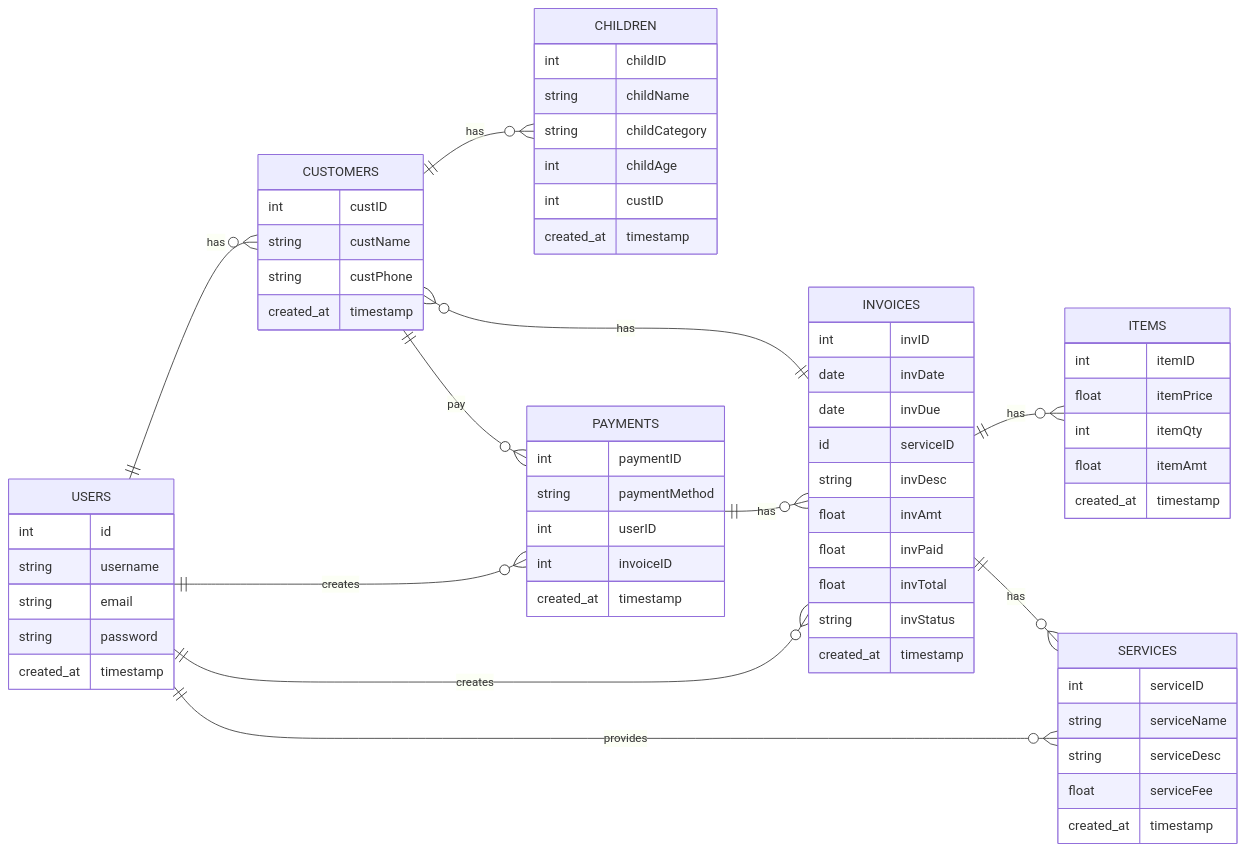
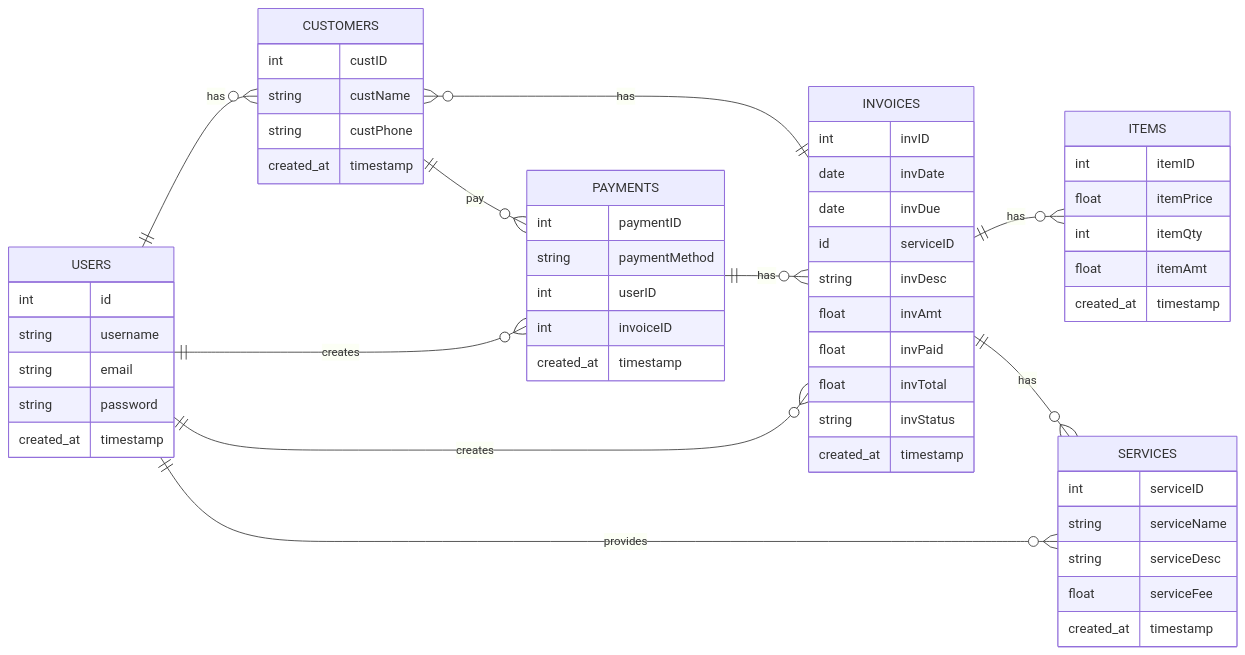
The diagram in README.md (ainfarhanah/Van-Cik-Lin-Invoicing-System-Flask-), drawn with Mermaid before and after one commit.

````diff
--- a/README.md
+++ b/README.md
@@ -21,75 +21,66 @@
 ```mermaid
 erDiagram
 	direction LR
 	USERS{
 		int id  ""  
 		string username  ""  
 		string email  ""  
 		string password  ""  
 		created_at timestamp  ""  
 	}
 
 	CUSTOMERS {
 		int custID  ""  
 		string custName  ""  
 		string custPhone  ""  
 		created_at timestamp  ""  
 	}
 
-    CHILDREN{
-        int childID
-        string childName
-        string childCategory 
-        int childAge
-        int custID
-        created_at timestamp
-    }
 
 	SERVICES {
 		int serviceID  ""  
 		string serviceName  ""  
 		string serviceDesc  ""  
 		float serviceFee  ""  
 		created_at timestamp  ""  
 	}
 
 	INVOICES {
 		int invID  ""  
 		date invDate  ""  
 		date invDue  ""  
 		id serviceID  ""  
 		string invDesc  ""  
 		float invAmt  ""  
 		float invPaid  ""  
 		float invTotal  ""  
 		string invStatus  ""  
 		created_at timestamp  ""  
 	}
 
 	ITEMS {
 		int itemID  ""  
 		float itemPrice  ""  
 		int itemQty  ""  
 		float itemAmt  ""  
 		created_at timestamp  ""  
 	}
 
 	PAYMENTS {
 		int paymentID  ""  
 		string paymentMethod  ""  
 		int userID  ""  
 		int invoiceID  ""  
 		created_at timestamp  ""  
 	}
 
 	USERS||--o{CUSTOMERS:"has"
 	USERS||--o{SERVICES:"provides"
 	USERS||--o{INVOICES:"creates"
 	INVOICES||--o{ITEMS:"has"
 	INVOICES||--o{SERVICES:"has"
 	INVOICES||--o{CUSTOMERS:"has"
 	USERS||--o{PAYMENTS:"creates"
 	PAYMENTS||--o{INVOICES:"has"
 	CUSTOMERS||--o{PAYMENTS:"pay"
-    CUSTOMERS ||--o{ CHILDREN: "has"
 ```
````
